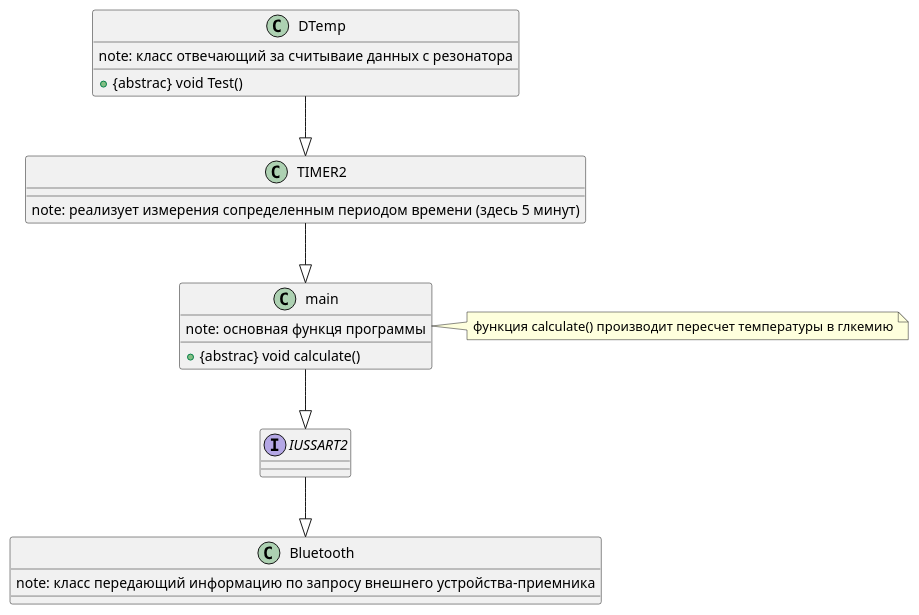
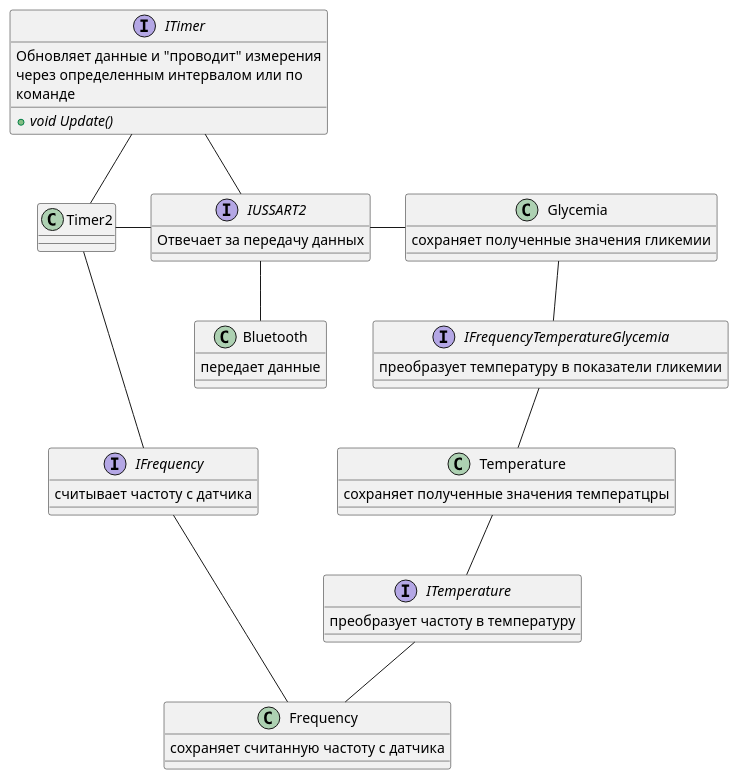
The diagram in DOC/Diagram.puml (Luda-Seliv-KE-413/Kursovoy), drawn with PlantUML before and after one commit.

```diff
--- a/DOC/Diagram.puml
+++ b/DOC/Diagram.puml
@@ -1,37 +1,68 @@
 @startuml
 
-class main
+interface ITemperature
 {
-    note: основная функця программы
-    +{abstrac} void calculate()
+    преобразует частоту в температуру
 }
 
- note right: функция calculate() производит пересчет температуры в глкемию
-
-class TIMER2
+class Frequency
 {
-    note: реализует измерения сопределенным периодом времени (здесь 5 минут)
+    сохраняет считанную частоту с датчика
 }
 
-class DTemp
+interface IFrequency
 {
-    +{abstrac} void Test()
-    note: класс отвечающий за считываие данных с резонатора
+    считывает частоту с датчика
+}
+
+class Timer2
+{
+    
+}
+
+interface ITimer
+{
+    Обновляет данные и "проводит" измерения 
+    через определенным интервалом или по 
+    команде
+    + {abstract} void Update()
 }
 
 class Bluetooth
 {
-     note: класс передающий информацию по запросу внешнего устройства-приемника
+    передает данные  
 }
 
 interface IUSSART2
 {
-
+    Отвечает за передачу данных
 }
 
-TIMER2 --|> main
-DTemp --|> TIMER2
-IUSSART2 --|> Bluetooth
-main --|> IUSSART2
+interface IFrequencyTemperatureGlycemia
+{
+    преобразует температуру в показатели гликемии
+}
+
+class Temperature
+{
+    сохраняет полученные значения температцры
+}
+
+class Glycemia
+{
+    сохраняет полученные значения гликемии
+}
+
+IFrequencyTemperatureGlycemia -down- Temperature
+Temperature -down- ITemperature
+Frequency -left- IFrequency
+ITemperature -down-Frequency
+IUSSART2 --Bluetooth
+Glycemia -down-IFrequencyTemperatureGlycemia
+Glycemia -left- IUSSART2
+ITimer-- Timer2
+ITimer --IUSSART2
+Timer2 -right-IUSSART2
+Timer2 --IFrequency
 
 @enduml
```
